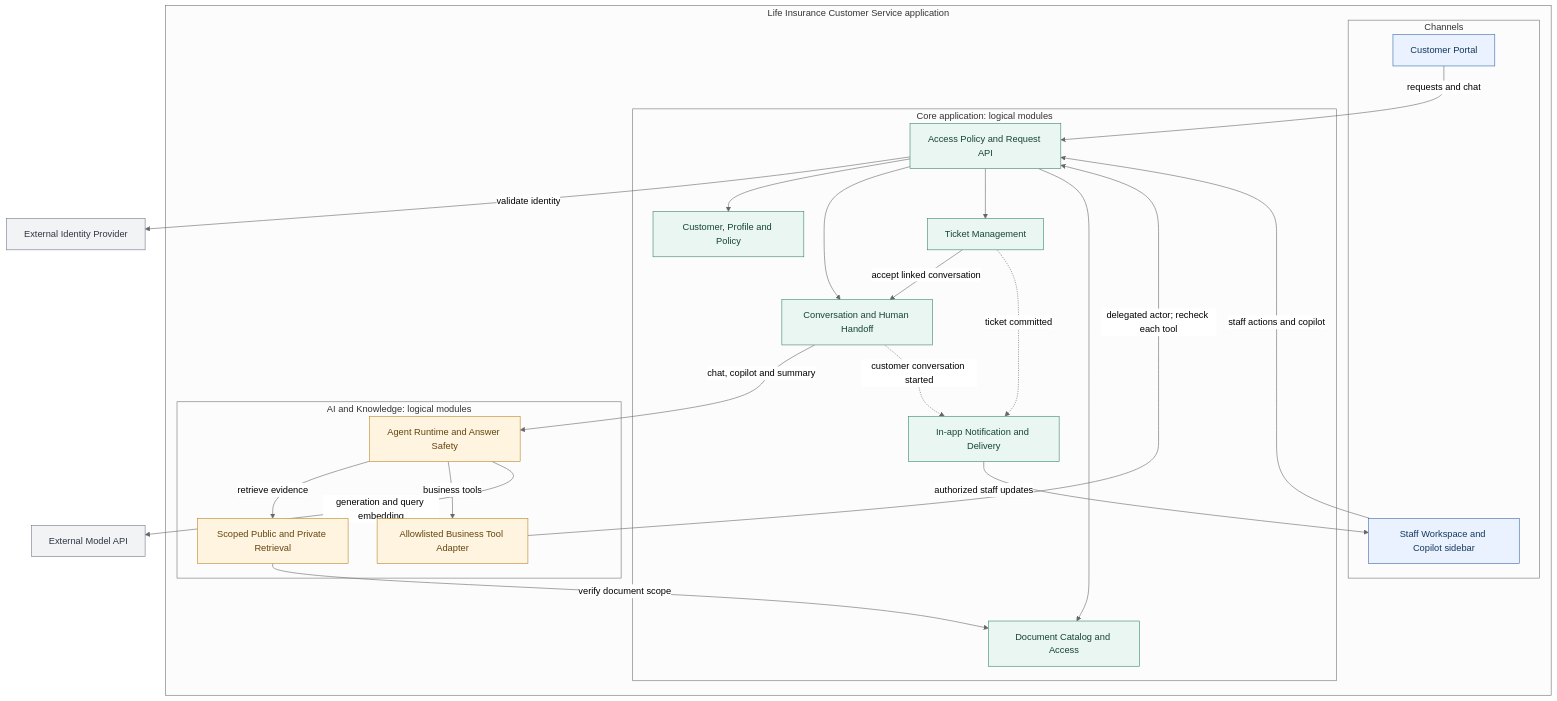
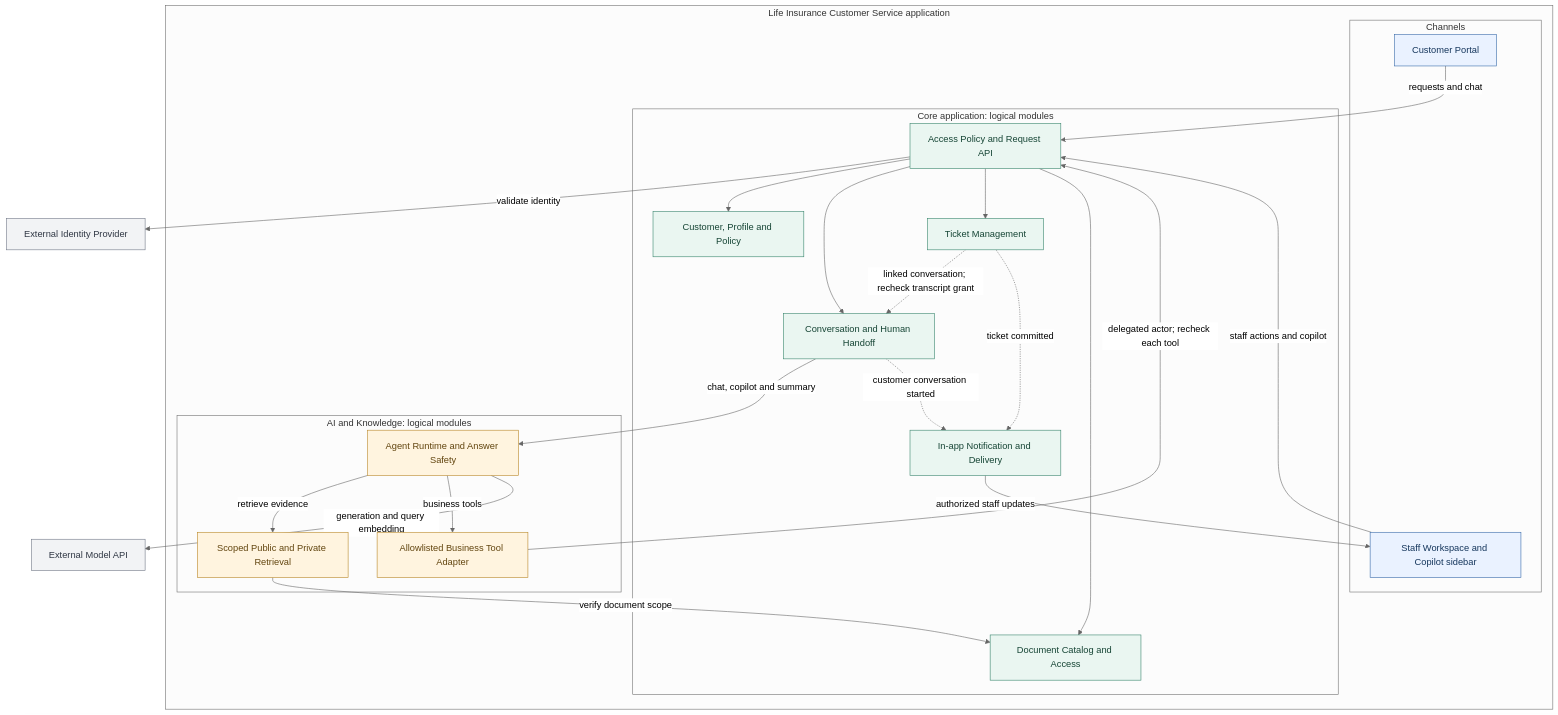
The diagram in docs/specifications/Application_Architecture.md (natuan05/LifeInsuranceAIAssistant), drawn with Mermaid (neutral theme) before and after one commit. The commit also changed other lines of this file and 57 other files, not shown here.

````diff
--- a/docs/specifications/Application_Architecture.md
+++ b/docs/specifications/Application_Architecture.md
@@ -16,60 +16,60 @@
 ```mermaid
 flowchart TB
     subgraph SYS["Life Insurance Customer Service application"]
         subgraph UI["Channels"]
             P["Customer Portal"]
             S["Staff Workspace and Copilot sidebar"]
         end
         subgraph CORE["Core application: logical modules"]
             A["Access Policy and Request API"]
             C["Customer, Profile and Policy"]
             H["Conversation and Human Handoff"]
             T["Ticket Management"]
             D["Document Catalog and Access"]
             N["In-app Notification and Delivery"]
         end
         subgraph AK["AI and Knowledge: logical modules"]
             O["Agent Runtime and Answer Safety"]
             R["Scoped Public and Private Retrieval"]
             G["Allowlisted Business Tool Adapter"]
         end
     end
 
     ID["External Identity Provider"]
     M["External Model API"]
 
     %% Channels to Core
     P -->|"requests and chat"| A
     S -->|"staff actions and copilot"| A
 
     %% Core Identity & Module routing
     A -->|"validate identity"| ID
     A --> C
     A --> H
     A --> T
     A --> D
 
     %% Core to AI & Knowledge
     H -->|"chat, copilot and summary"| O
     O -->|"retrieve evidence"| R
     O -->|"business tools"| G
     G -->|"delegated actor; recheck each tool"| A
     R -->|"verify document scope"| D
     O -->|"generation and query embedding"| M
 
     %% Internal Core Events
-    T -->|"accept linked conversation"| H
+    T -.->|"linked conversation; recheck transcript grant"| H
     H -.->|"customer conversation started"| N
     T -.->|"ticket committed"| N
     N -->|"authorized staff updates"| S
 
     %% Styling
     classDef channel fill:#EAF2FF,stroke:#3568A8,color:#15365C
     classDef core fill:#EAF6F1,stroke:#36846B,color:#164535
     classDef ai fill:#FFF4DF,stroke:#B88625,color:#62450F
     classDef external fill:#F2F3F5,stroke:#707786,color:#303744
     class P,S channel
     class A,C,H,T,D,N core
     class O,R,G ai
     class ID,M external
 ```
````
